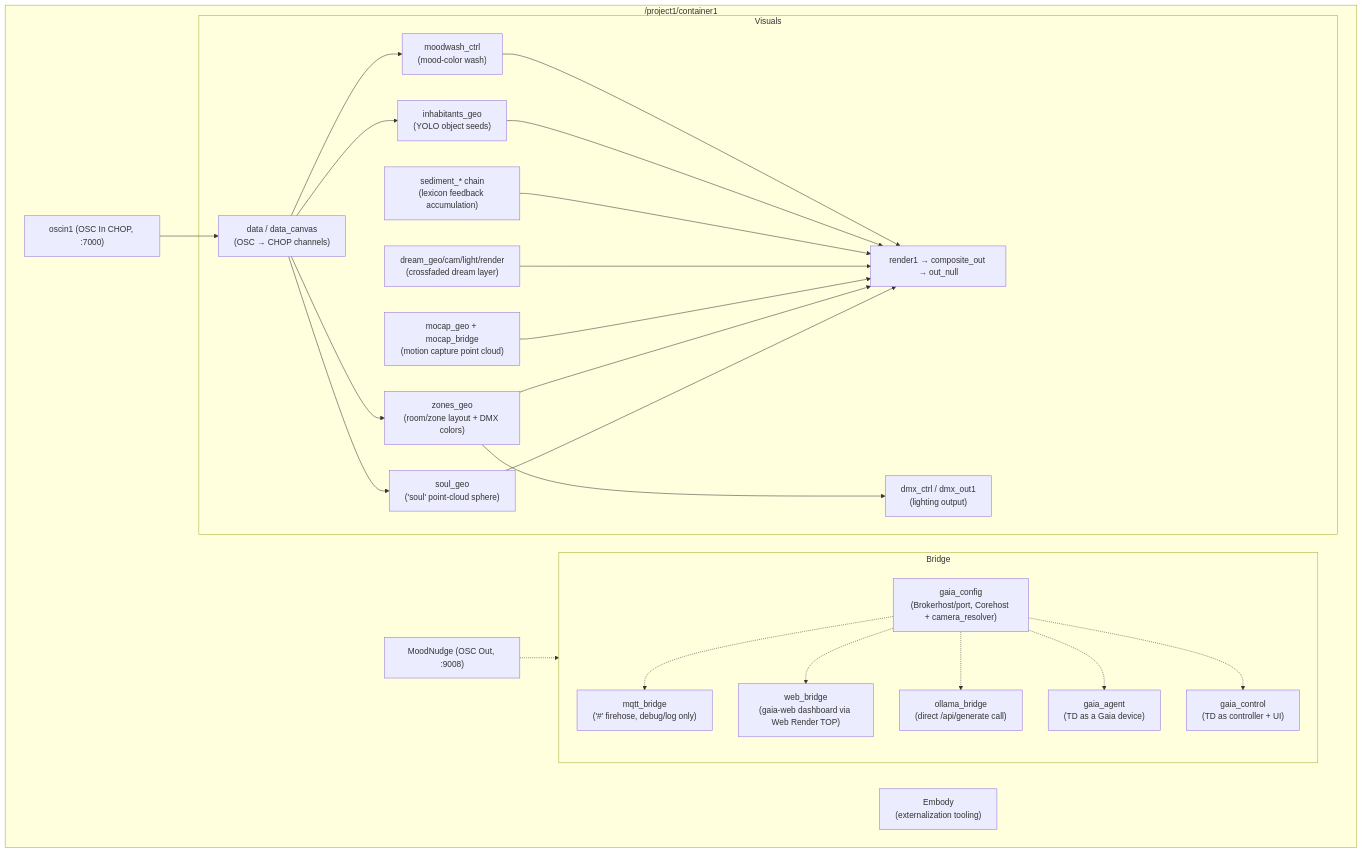
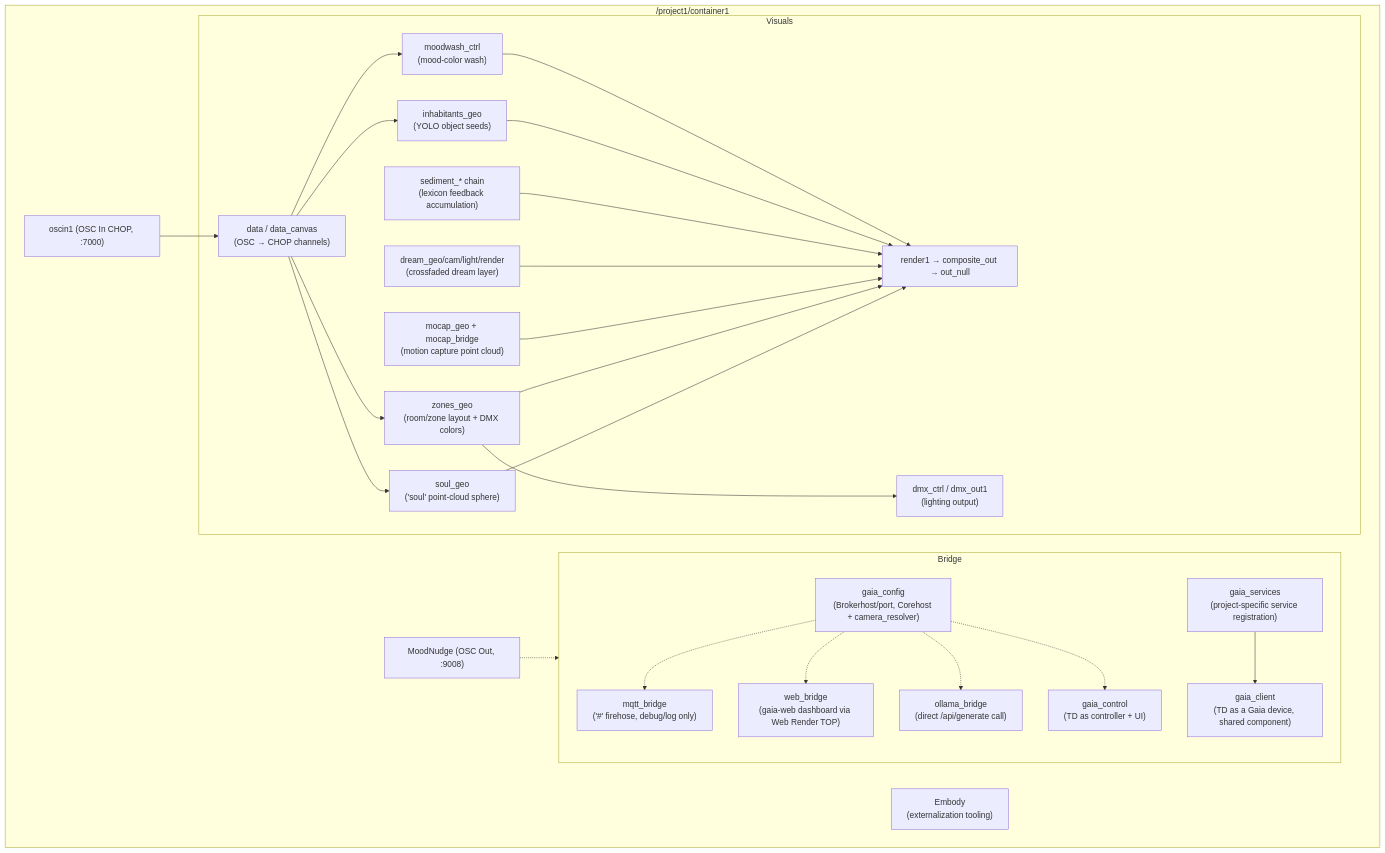
The fifth of 6 diagrams in ARCHITECTURE.md (vsvisualsubstance-source/TD4Gaia), drawn with Mermaid before and after one commit. The commit also changed other lines of this file and 17 other files, not shown here.

````diff
--- a/ARCHITECTURE.md
+++ b/ARCHITECTURE.md
@@ -121,34 +121,36 @@
 ```mermaid
 flowchart TB
     subgraph P["/project1/container1"]
         subgraph Bridge["Bridge"]
             gaia_config["gaia_config\n(Brokerhost/port, Corehost + camera_resolver)"]
             mqtt_bridge["mqtt_bridge\n('#' firehose, debug/log only)"]
             web_bridge["web_bridge\n(gaia-web dashboard via Web Render TOP)"]
             ollama_bridge["ollama_bridge\n(direct /api/generate call)"]
-            gaia_agent["gaia_agent\n(TD as a Gaia device)"]
+            gaia_client["gaia_client\n(TD as a Gaia device, shared component)"]
+            gaia_services["gaia_services\n(project-specific service registration)"]
             gaia_control["gaia_control\n(TD as controller + UI)"]
-            gaia_config -.-> mqtt_bridge & web_bridge & ollama_bridge & gaia_agent & gaia_control
+            gaia_config -.-> mqtt_bridge & web_bridge & ollama_bridge & gaia_control
+            gaia_services --> gaia_client
         end
         oscin1["oscin1 (OSC In CHOP, :7000)"]
         MoodNudge["MoodNudge (OSC Out, :9008)"]
         subgraph Visuals["Visuals"]
             data["data / data_canvas\n(OSC → CHOP channels)"]
             soul["soul_geo\n('soul' point-cloud sphere)"]
             zones["zones_geo\n(room/zone layout + DMX colors)"]
             mocap["mocap_geo + mocap_bridge\n(motion capture point cloud)"]
             dream["dream_geo/cam/light/render\n(crossfaded dream layer)"]
             sediment["sediment_* chain\n(lexicon feedback accumulation)"]
             inhabitants["inhabitants_geo\n(YOLO object seeds)"]
             moodwash["moodwash_ctrl\n(mood-color wash)"]
             dmx["dmx_ctrl / dmx_out1\n(lighting output)"]
             render1["render1 → composite_out → out_null"]
         end
         Embody["Embody\n(externalization tooling)"]
     end
     oscin1 --> data
     data --> soul & zones & moodwash & inhabitants
     soul & zones & mocap & dream & sediment & inhabitants & moodwash --> render1
     zones --> dmx
     MoodNudge -.-> Bridge
 ```
````
